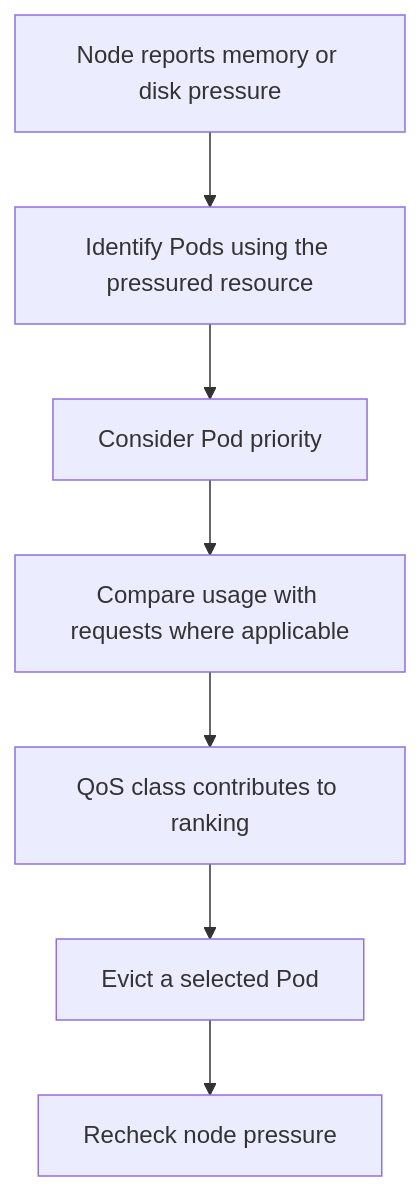
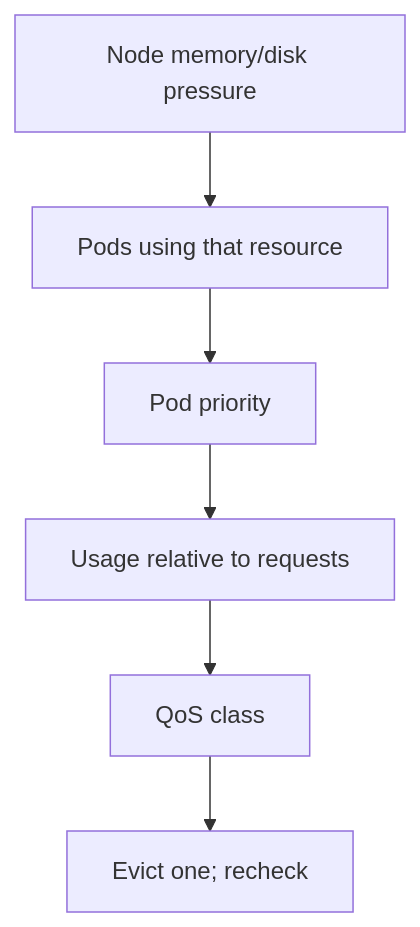
One commit to darshan-raul/apollo11-docs changed the second of 2 diagrams in docs/learn/reliability/requests-limits-and-pressure.md. Above: the diagram before and after it, drawn with Mermaid. The commit also changed other lines of this file and 55 other files, not shown here.

````diff
--- a/docs/learn/reliability/requests-limits-and-pressure.md
+++ b/docs/learn/reliability/requests-limits-and-pressure.md
@@ -55,9 +41,8 @@
-~~~mermaid
+```mermaid
 flowchart TD
-  Pressure[Node reports memory or disk pressure] --> Candidates[Identify Pods using the pressured resource]
-  Candidates --> Priority[Consider Pod priority]
-  Priority --> Relative[Compare usage with requests where applicable]
-  Relative --> QoS[QoS class contributes to ranking]
-  QoS --> Victim[Evict a selected Pod]
-  Victim --> Recheck[Recheck node pressure]
-~~~
+  P[Node memory/disk pressure] --> C[Pods using that resource]
+  C --> Pr[Pod priority]
+  Pr --> U[Usage relative to requests]
+  U --> Q[QoS class]
+  Q --> V[Evict one; recheck]
+```
````
